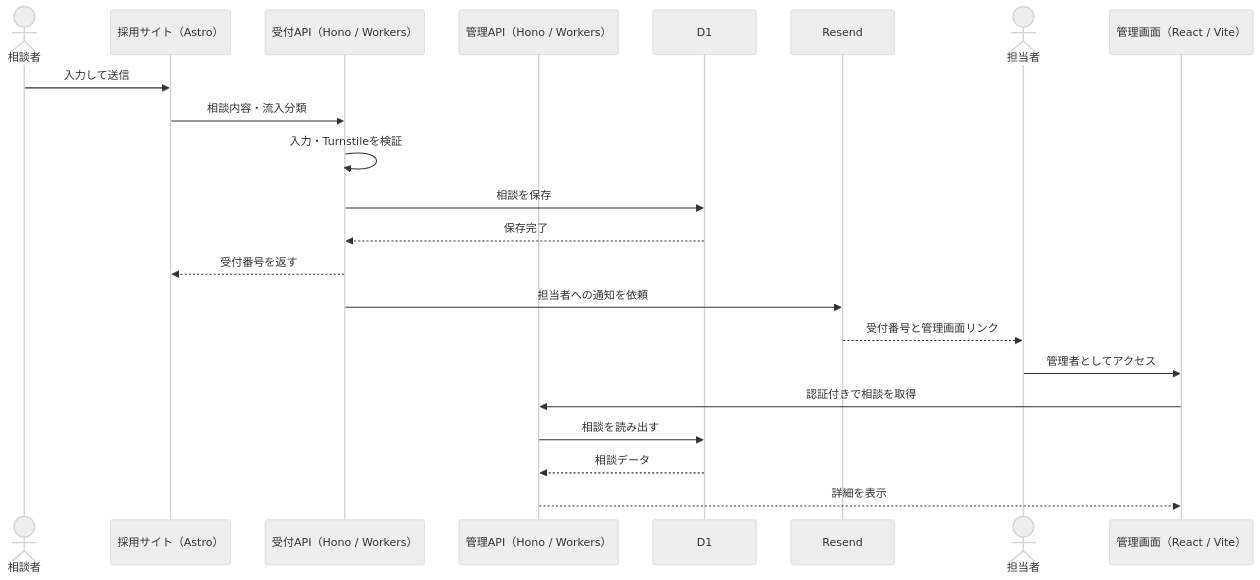
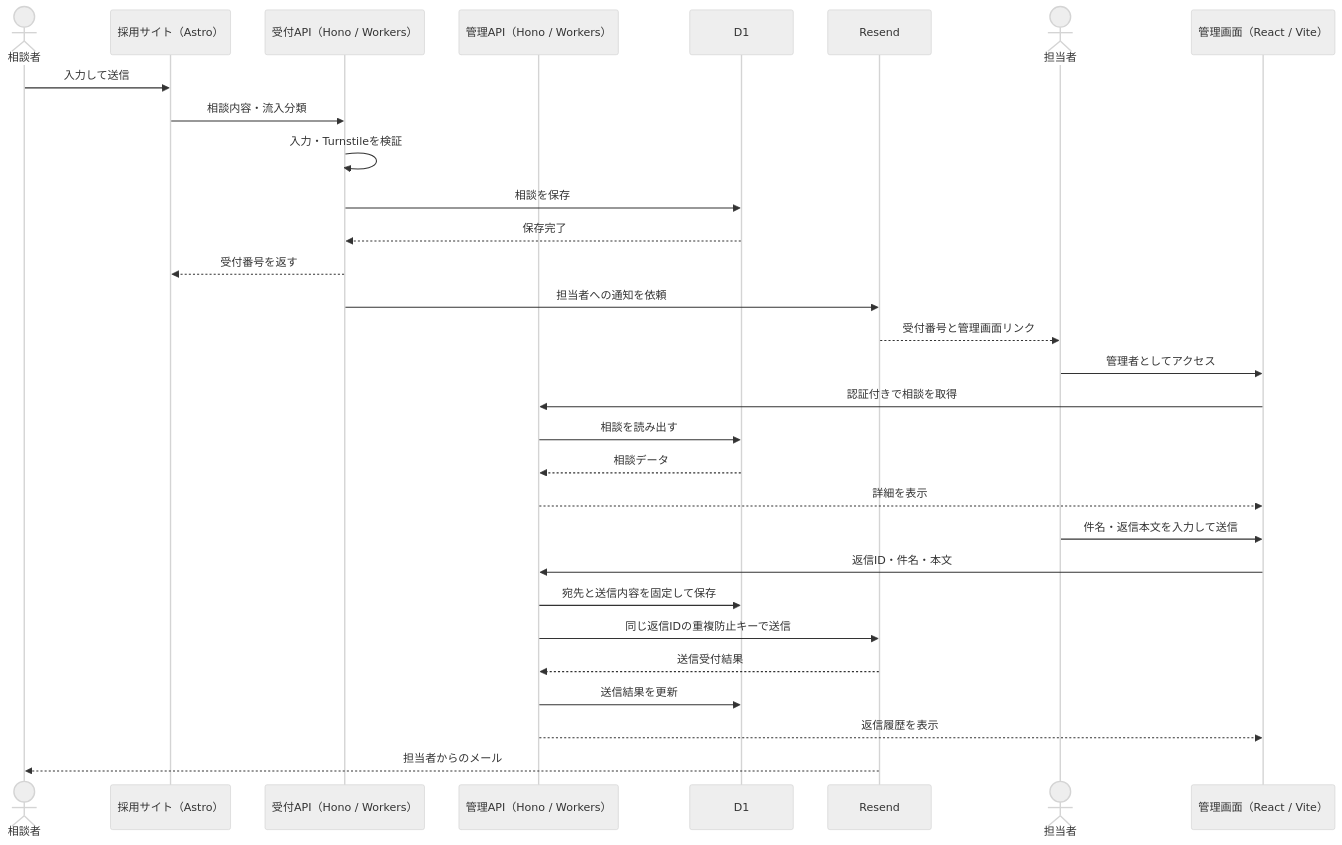
Before and after one commit to okinawakaigo/web: the second of 2 diagrams in docs/architecture.md, drawn with Mermaid (neutral theme). The commit also changed other lines of this file and 18 other files, not shown here.

````diff
--- a/docs/architecture.md
+++ b/docs/architecture.md
@@ -65,24 +67,32 @@
 ```mermaid
 sequenceDiagram
   actor Visitor as 相談者
   participant Site as 採用サイト（Astro）
   participant API as 受付API（Hono / Workers）
   participant AdminAPI as 管理API（Hono / Workers）
   participant DB as D1
   participant Mail as Resend
   actor Staff as 担当者
   participant Admin as 管理画面（React / Vite）
   Visitor->>Site: 入力して送信
   Site->>API: 相談内容・流入分類
   API->>API: 入力・Turnstileを検証
   API->>DB: 相談を保存
   DB-->>API: 保存完了
   API-->>Site: 受付番号を返す
   API->>Mail: 担当者への通知を依頼
   Mail-->>Staff: 受付番号と管理画面リンク
   Staff->>Admin: 管理者としてアクセス
   Admin->>AdminAPI: 認証付きで相談を取得
   AdminAPI->>DB: 相談を読み出す
   DB-->>AdminAPI: 相談データ
   AdminAPI-->>Admin: 詳細を表示
+  Staff->>Admin: 件名・返信本文を入力して送信
+  Admin->>AdminAPI: 返信ID・件名・本文
+  AdminAPI->>DB: 宛先と送信内容を固定して保存
+  AdminAPI->>Mail: 同じ返信IDの重複防止キーで送信
+  Mail-->>AdminAPI: 送信受付結果
+  AdminAPI->>DB: 送信結果を更新
+  AdminAPI-->>Admin: 返信履歴を表示
+  Mail-->>Visitor: 担当者からのメール
 ```
````
